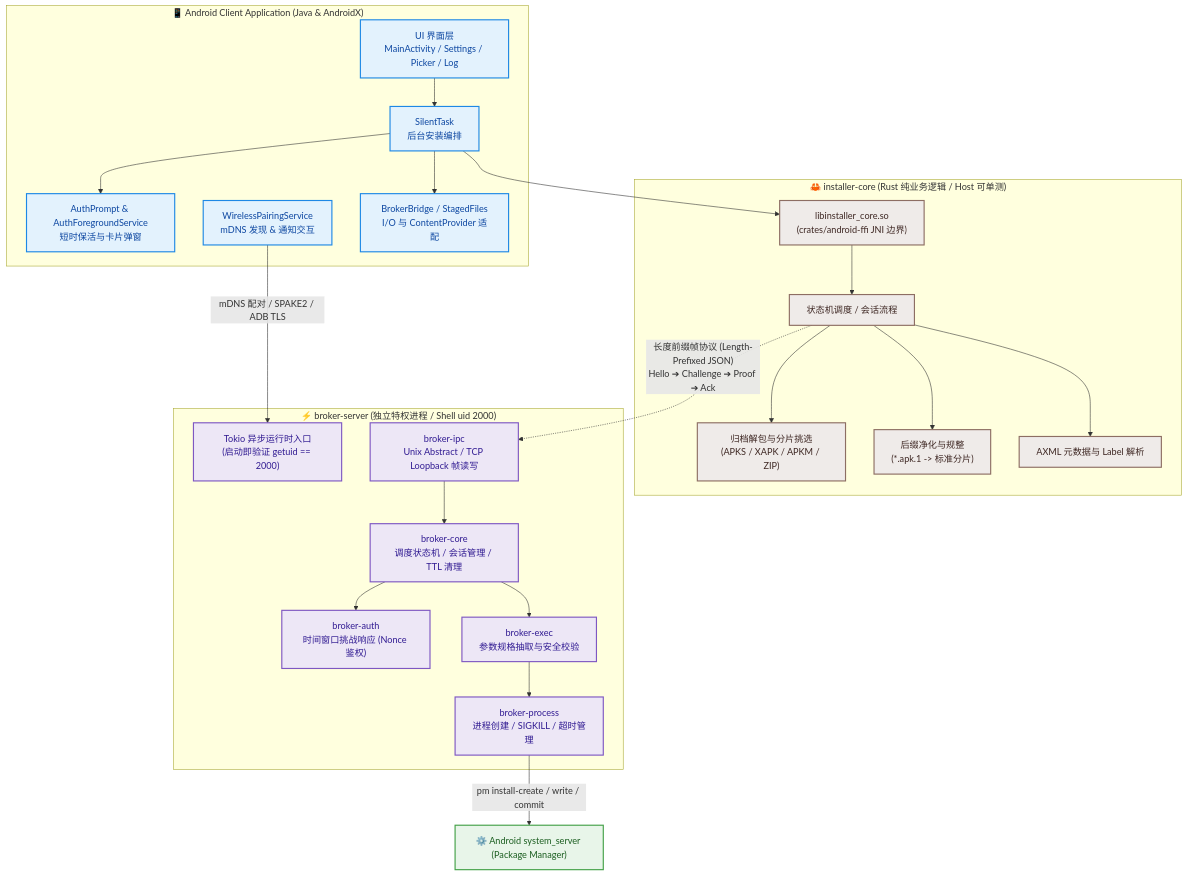
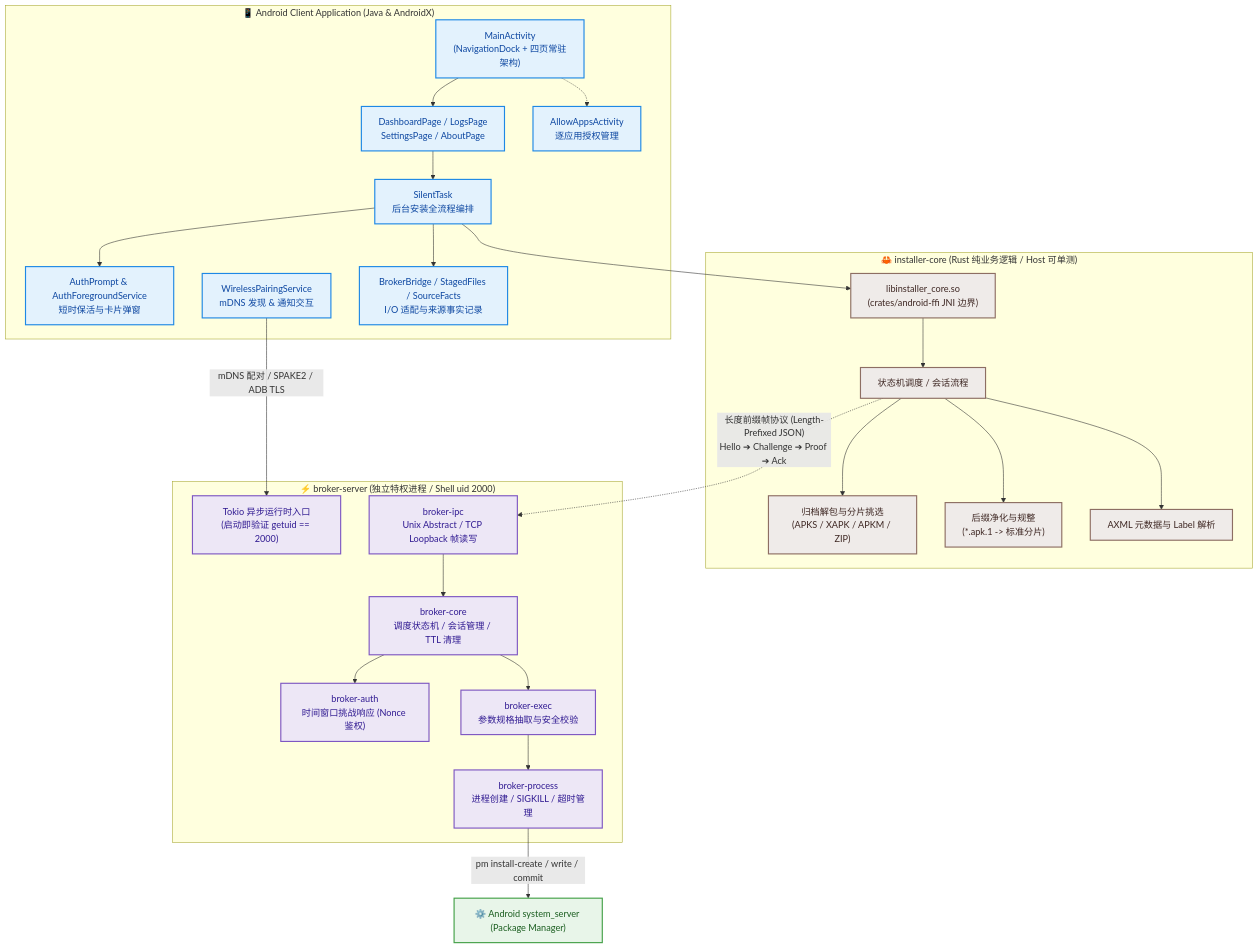
One commit to LianXia233/android-privilege-broker changed the third of 5 diagrams in README.md. Above: the diagram before and after it, drawn with Mermaid. The commit also changed other lines of this file and 1 other file, not shown here.

````diff
--- a/README.md
+++ b/README.md
@@ -178,52 +271,56 @@
 ```mermaid
 flowchart TD
     subgraph UI_Layer ["📱 Android Client Application (Java & AndroidX)"]
-        Activities["UI 界面层<br/>MainActivity / Settings / Picker / Log"]
-        ST["SilentTask<br/>后台安装编排"]
+        MainActivity["MainActivity<br/>(NavigationDock + 四页常驻架构)"]
+        Dashboard["DashboardPage / LogsPage<br/>SettingsPage / AboutPage"]
+        AllowApps["AllowAppsActivity<br/>逐应用授权管理"]
+        ST["SilentTask<br/>后台安装全流程编排"]
         AuthComp["AuthPrompt & AuthForegroundService<br/>短时保活与卡片弹窗"]
         WPS["WirelessPairingService<br/>mDNS 发现 & 通知交互"]
-        Bridge["BrokerBridge / StagedFiles<br/>I/O 与 ContentProvider 适配"]
+        Bridge["BrokerBridge / StagedFiles / SourceFacts<br/>I/O 适配与来源事实记录"]
     end
 
     subgraph Core_Layer ["🦀 installer-core (Rust 纯业务逻辑 / Host 可单测)"]
         JNI["libinstaller_core.so<br/>(crates/android-ffi JNI 边界)"]
         StateMachine["状态机调度 / 会话流程"]
         ArchiveEngine["归档解包与分片挑选<br/>(APKS / XAPK / APKM / ZIP)"]
         NameNormalizer["后缀净化与规整<br/>(*.apk.1 -> 标准分片)"]
         MetaParser["AXML 元数据与 Label 解析"]
     end
 
     subgraph Broker_Layer ["⚡ broker-server (独立特权进程 / Shell uid 2000)"]
         TokioServer["Tokio 异步运行时入口<br/>(启动即验证 getuid == 2000)"]
         BrokerCore["broker-core<br/>调度状态机 / 会话管理 / TTL 清理"]
         BrokerAuth["broker-auth<br/>时间窗口挑战响应 (Nonce 鉴权)"]
         BrokerExec["broker-exec<br/>参数规格抽取与安全校验"]
         BrokerProcess["broker-process<br/>进程创建 / SIGKILL / 超时管理"]
         BrokerIPC["broker-ipc<br/>Unix Abstract / TCP Loopback 帧读写"]
     end
 
+    MainActivity --> Dashboard
+    MainActivity -.-> AllowApps
     WPS -->|"mDNS 配对 / SPAKE2 / ADB TLS"| TokioServer
-    Activities --> ST
+    Dashboard --> ST
     ST --> AuthComp
     ST --> Bridge
     ST --> JNI
     JNI --> StateMachine
     StateMachine --> ArchiveEngine
     StateMachine --> NameNormalizer
     StateMachine --> MetaParser
     StateMachine -.->|"长度前缀帧协议 (Length-Prefixed JSON)<br/>Hello ➔ Challenge ➔ Proof ➔ Ack"| BrokerIPC
     BrokerIPC --> BrokerCore
     BrokerCore --> BrokerAuth
     BrokerCore --> BrokerExec
     BrokerExec --> BrokerProcess
     BrokerProcess -->|"pm install-create / write / commit"| SystemPM["⚙️ Android system_server (Package Manager)"]
 
     classDef android fill:#e3f2fd,stroke:#1e88e5,stroke-width:2px,color:#0d47a1;
     classDef rust fill:#efebe9,stroke:#8d6e63,stroke-width:2px,color:#3e2723;
     classDef broker fill:#ede7f6,stroke:#7e57c2,stroke-width:2px,color:#311b92;
     classDef os fill:#e8f5e9,stroke:#43a047,stroke-width:2px,color:#1b5e20;
-    class Activities,ST,AuthComp,WPS,Bridge android;
+    class MainActivity,Dashboard,AllowApps,ST,AuthComp,WPS,Bridge android;
     class JNI,StateMachine,ArchiveEngine,NameNormalizer,MetaParser rust;
     class TokioServer,BrokerCore,BrokerAuth,BrokerExec,BrokerProcess,BrokerIPC broker;
     class SystemPM os;
 ```
````
